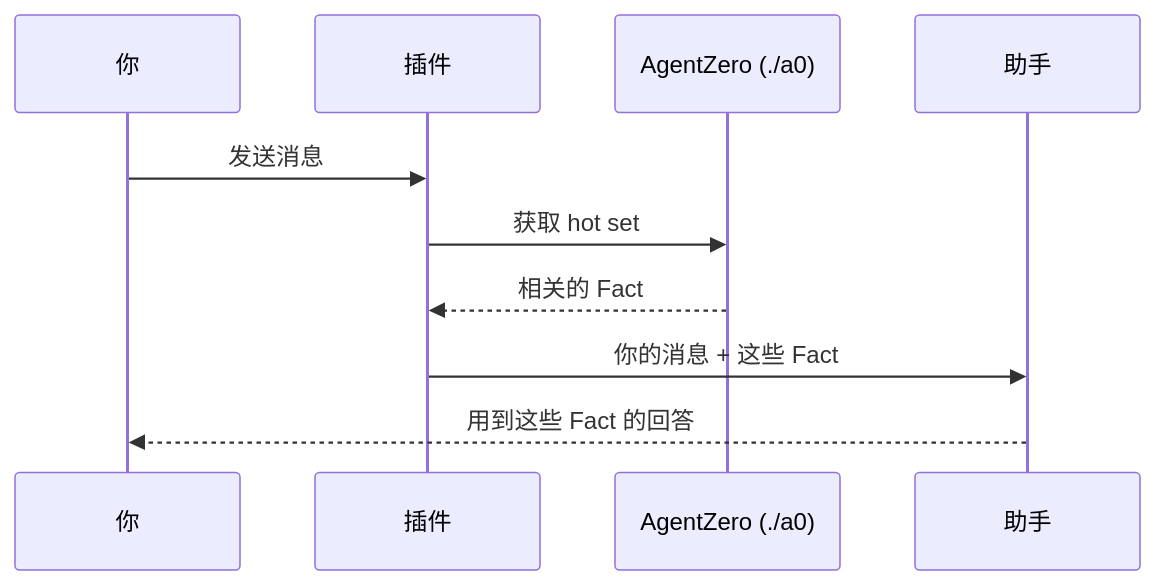
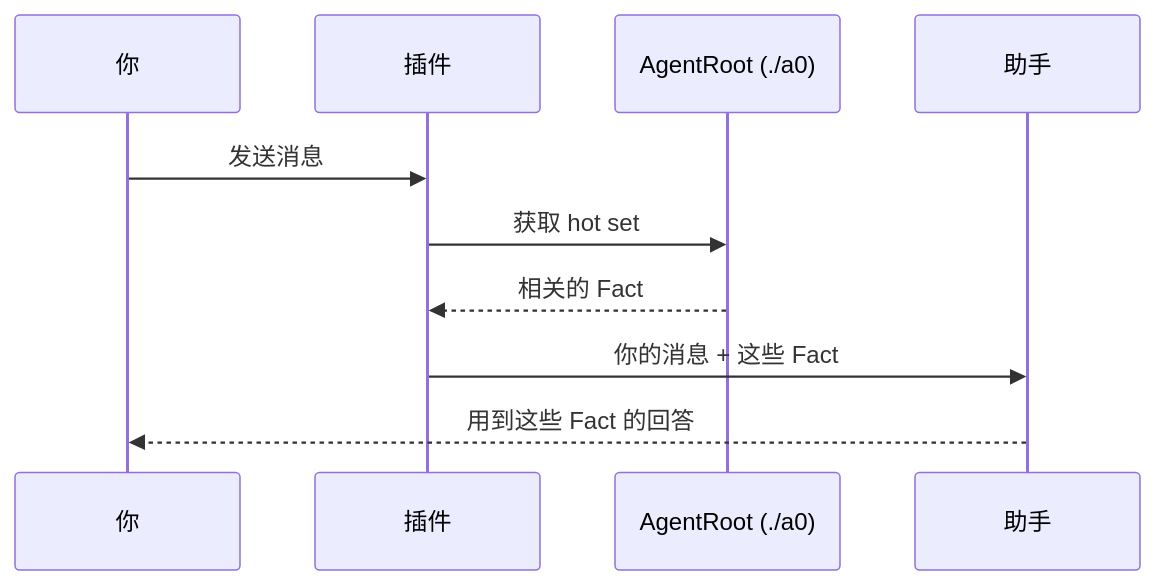
The first of 2 diagrams in README.zh-CN.md (jesselei1102-hue/agentroot-claude-mod), drawn with Mermaid before and after one commit. The commit also changed other lines of this file and 2 other files, not shown here.

First line of the commit message:
Docs: AgentRoot and /agentroot in both READMEs; the HUD in plain words; changelog for the rename

````diff
--- a/README.zh-CN.md
+++ b/README.zh-CN.md
@@ -66,12 +67,12 @@
 ```mermaid
 sequenceDiagram
     participant 你
     participant 插件
-    participant AgentZero as AgentZero (./a0)
+    participant AgentRoot as AgentRoot (./a0)
     participant 助手
     你->>插件: 发送消息
-    插件->>AgentZero: 获取 hot set
-    AgentZero-->>插件: 相关的 Fact
+    插件->>AgentRoot: 获取 hot set
+    AgentRoot-->>插件: 相关的 Fact
     插件->>助手: 你的消息 + 这些 Fact
     助手-->>你: 用到这些 Fact 的回答
 ```
````
